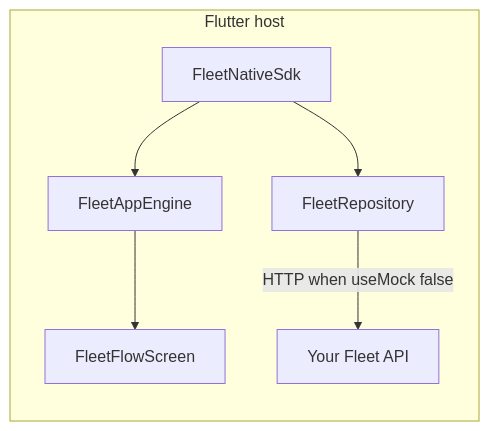
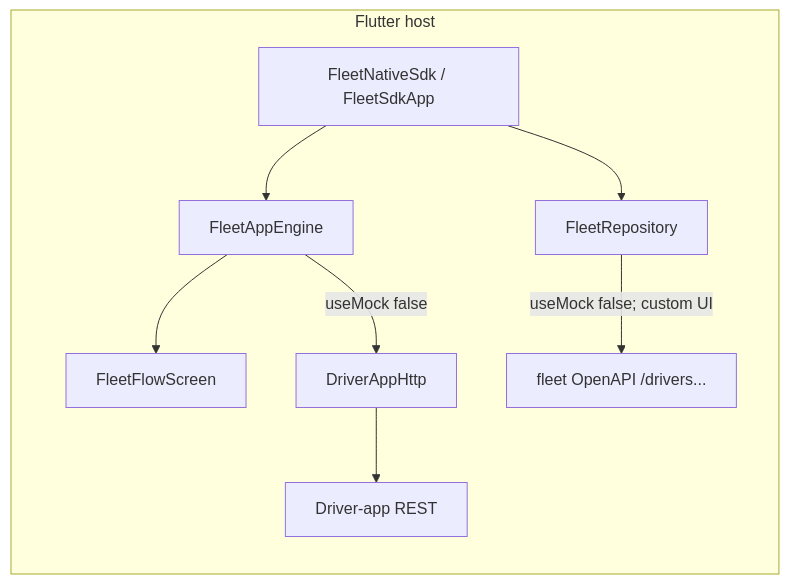
The diagram in docs/README.FLUTTER.md (sayemafatema/mgl-sdk), drawn with Mermaid before and after one commit. The commit also changed other lines of this file, not shown here.

Commit message:
Flutter SDK Integration Guide

````diff
--- a/docs/README.FLUTTER.md
+++ b/docs/README.FLUTTER.md
@@ -46,13 +191,15 @@
 ```mermaid
 flowchart LR
-  subgraph flutter [Flutter host]
-    App[FleetNativeSdk]
-    Repo[FleetRepository]
+  subgraph host [Flutter host]
+    App[FleetNativeSdk / FleetSdkApp]
     Engine[FleetAppEngine]
     UI[FleetFlowScreen]
+    Repo[FleetRepository]
+    App --> Engine
     App --> Repo
-    App --> Engine
     Engine --> UI
-    Repo -->|HTTP when useMock false| Backend[Your Fleet API]
+    Engine -->|useMock false| Http[DriverAppHttp]
+    Http --> DriverApi[Driver-app REST]
+    Repo -->|useMock false; custom UI| OpenAPI[fleet OpenAPI /drivers...]
   end
 ```
````
